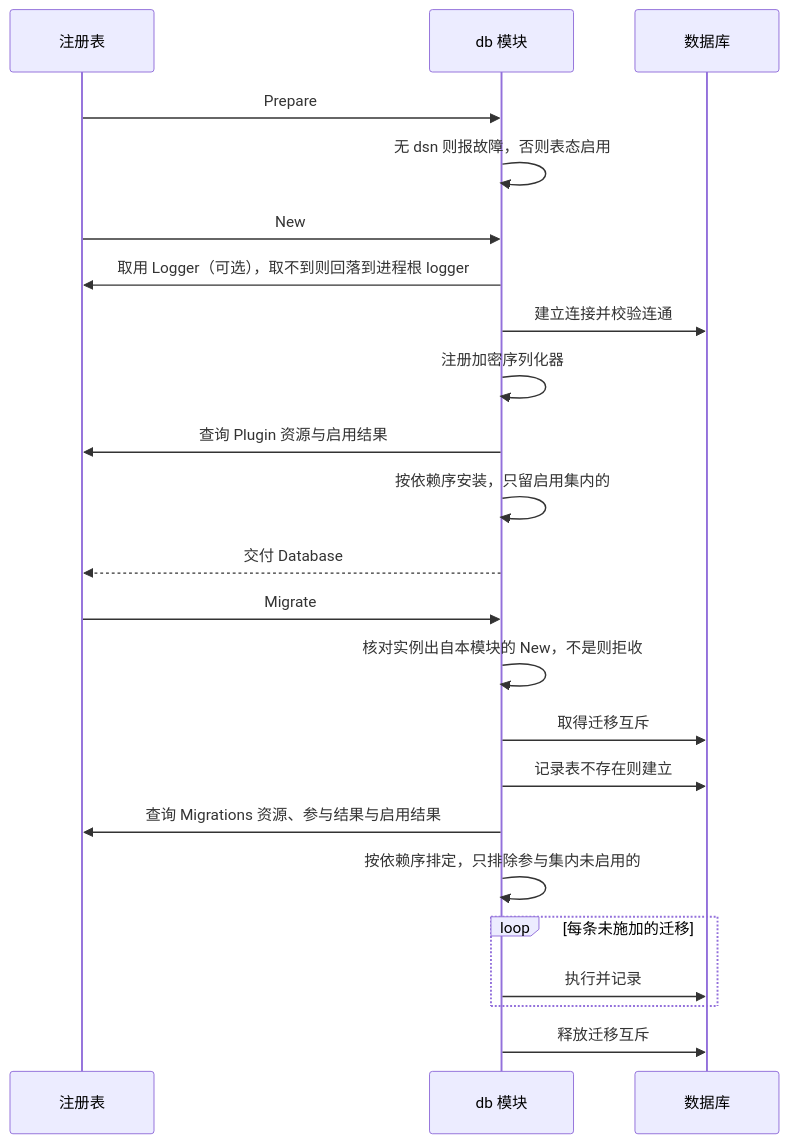
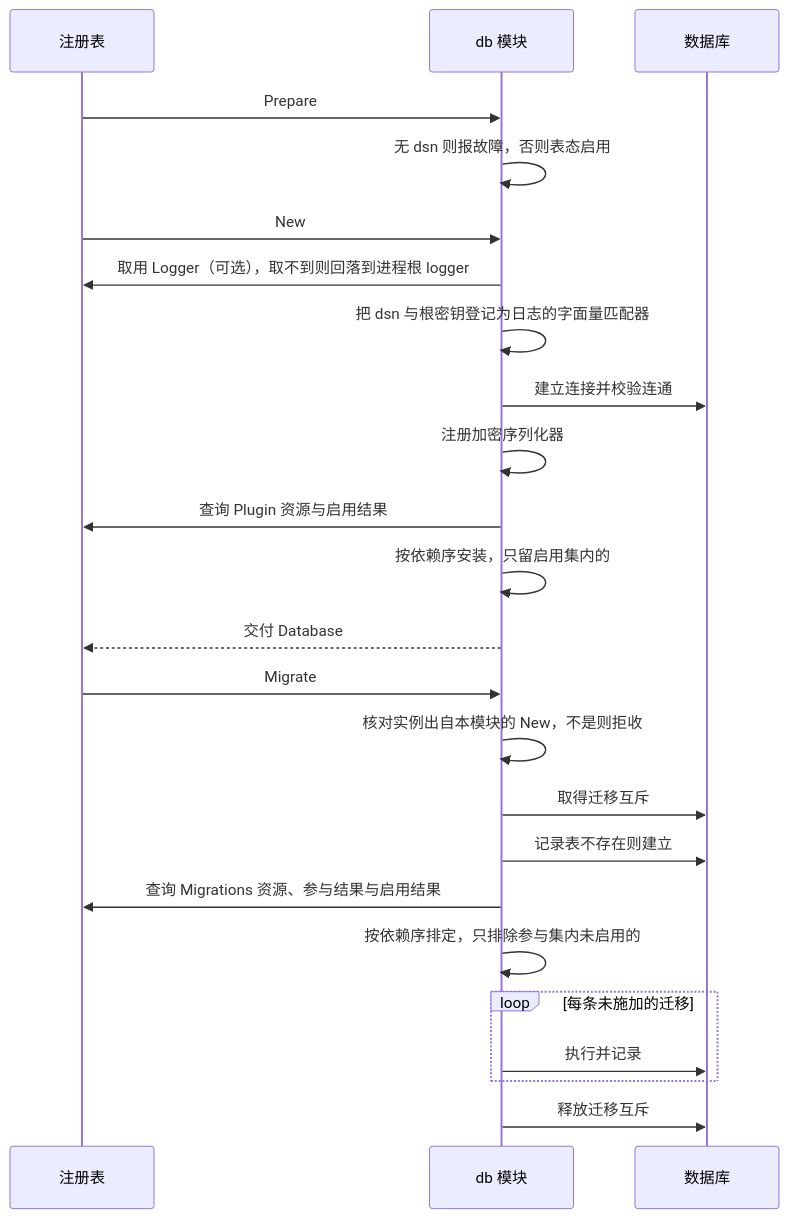
The second of 2 diagrams in docs/design/modules/design-db.md (wangzw/speed), drawn with Mermaid before and after one commit. The commit also changed other lines of this file and 5 other files, not shown here.

````diff
--- a/docs/design/modules/design-db.md
+++ b/docs/design/modules/design-db.md
@@ -299,25 +301,26 @@
 ```mermaid
 sequenceDiagram
     participant R as 注册表
     participant D as db 模块
     participant G as 数据库
     R->>D: Prepare
     D->>D: 无 dsn 则报故障，否则表态启用
     R->>D: New
     D->>R: 取用 Logger（可选），取不到则回落到进程根 logger
+    D->>D: 把 dsn 与根密钥登记为日志的字面量匹配器
     D->>G: 建立连接并校验连通
     D->>D: 注册加密序列化器
     D->>R: 查询 Plugin 资源与启用结果
     D->>D: 按依赖序安装，只留启用集内的
     D-->>R: 交付 Database
     R->>D: Migrate
     D->>D: 核对实例出自本模块的 New，不是则拒收
     D->>G: 取得迁移互斥
     D->>G: 记录表不存在则建立
     D->>R: 查询 Migrations 资源、参与结果与启用结果
     D->>D: 按依赖序排定，只排除参与集内未启用的
     loop 每条未施加的迁移
         D->>G: 执行并记录
     end
     D->>G: 释放迁移互斥
 ```
````
